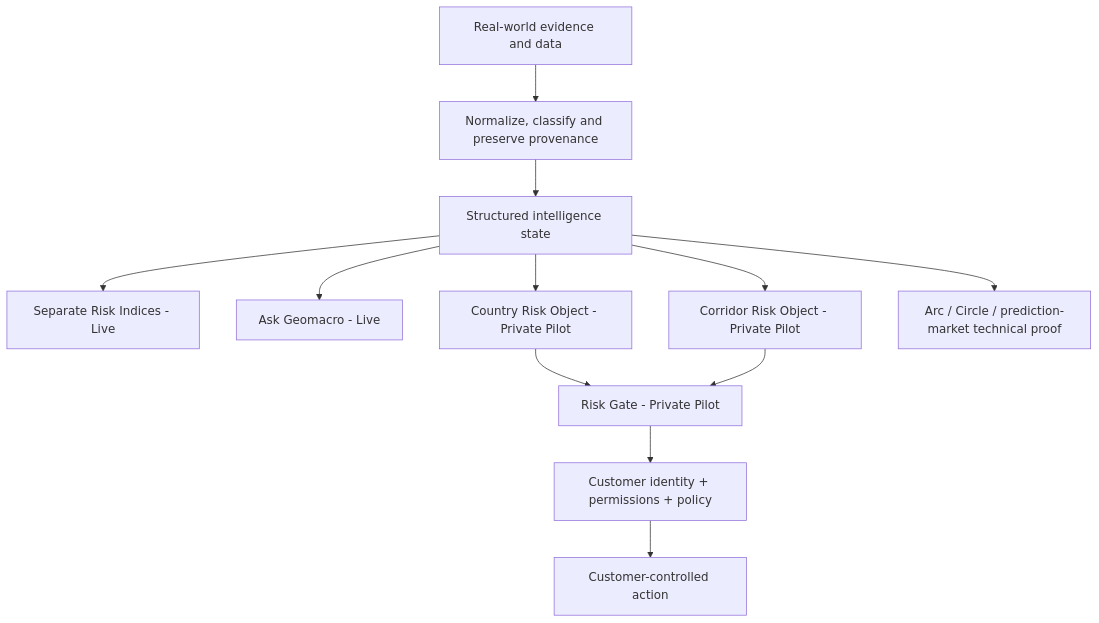
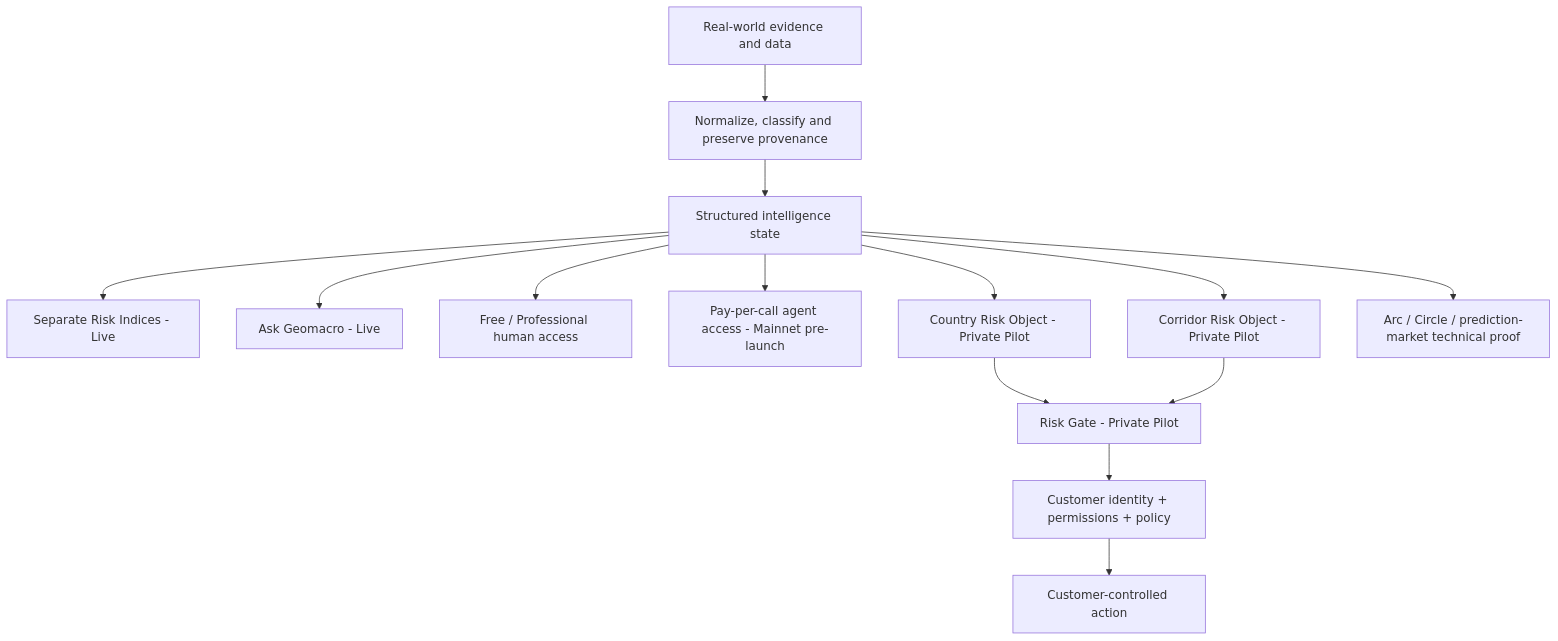
The diagram in src/content/docs/01-what-is-geomacro.md (blocknine0/geomacro), drawn with Mermaid before and after one commit. The commit also changed other lines of this file, not shown here.

Commit message:
Explain Geomacro commercial access without changing risk core

````diff
--- a/src/content/docs/01-what-is-geomacro.md
+++ b/src/content/docs/01-what-is-geomacro.md
@@ -11,14 +11,16 @@
 ```mermaid
 flowchart TD
     EVIDENCE["Real-world evidence and data"] --> NORMALIZE["Normalize, classify and preserve provenance"]
     NORMALIZE --> STATE["Structured intelligence state"]
     STATE --> INDICES["Separate Risk Indices - Live"]
     STATE --> ASK["Ask Geomacro - Live"]
+    STATE --> HUMAN["Free / Professional human access"]
+    STATE --> AGENT["Pay-per-call agent access - Mainnet pre-launch"]
     STATE --> COUNTRY["Country Risk Object - Private Pilot"]
     STATE --> CORRIDOR["Corridor Risk Object - Private Pilot"]
     COUNTRY --> GATE["Risk Gate - Private Pilot"]
     CORRIDOR --> GATE
     GATE --> POLICY["Customer identity + permissions + policy"]
     POLICY --> ACTION["Customer-controlled action"]
     STATE --> TECH["Arc / Circle / prediction-market technical proof"]
 ```
````
